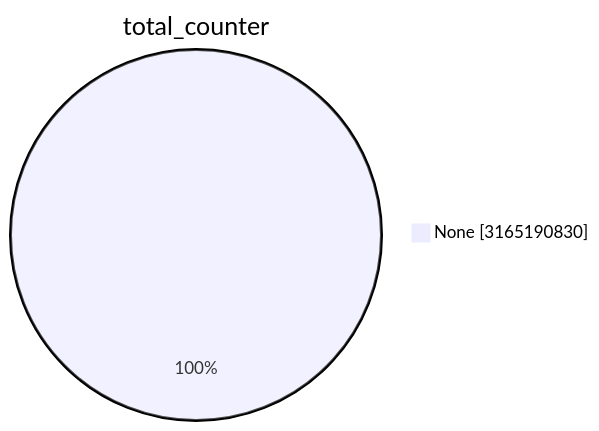
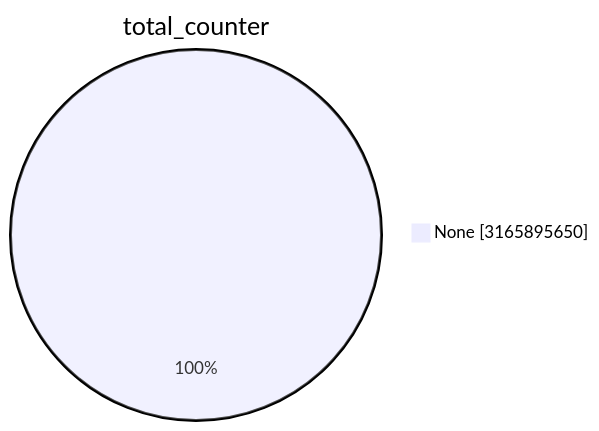
One commit to christiankrug/ctmonitor_visualization changed the first of 15 diagrams in TOTAL/README.md. Above: the diagram before and after it, drawn with Mermaid. The commit also changed other lines of this file, not shown here.

````diff
--- a/TOTAL/README.md
+++ b/TOTAL/README.md
@@ -1,5 +1,5 @@
 ```mermaid
 pie showData
 title total_counter
-"None" :3165190830
+"None" :3165895650
 ```
````
